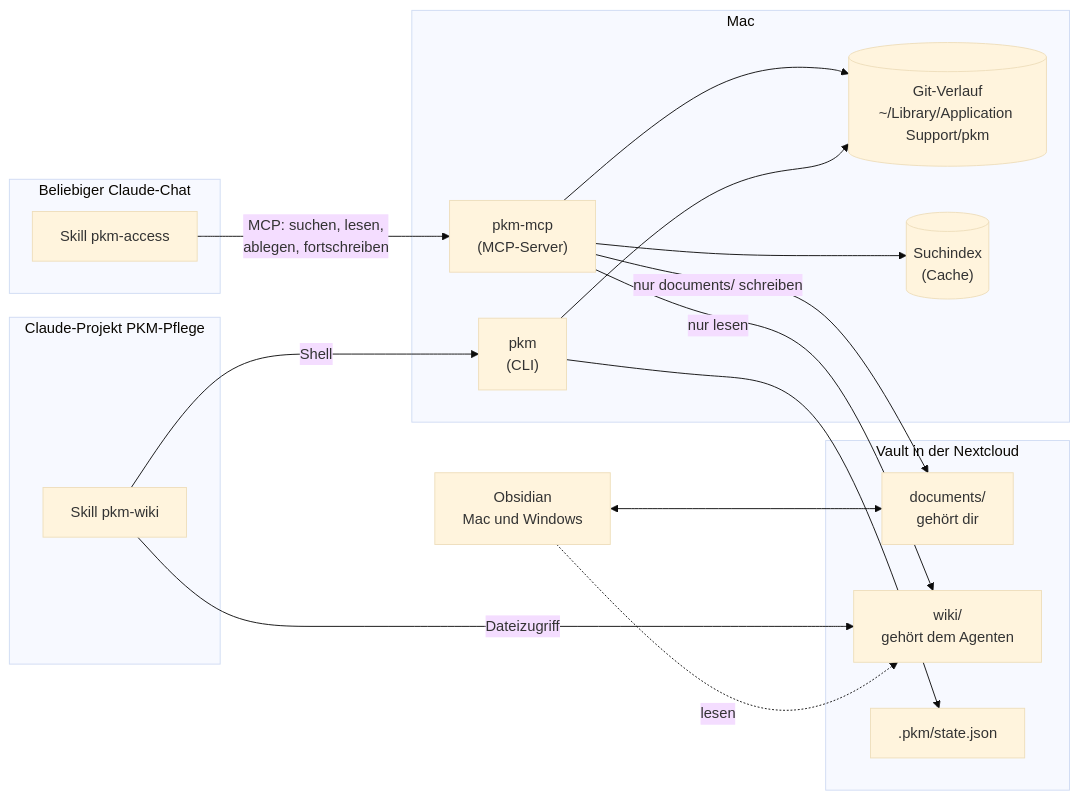
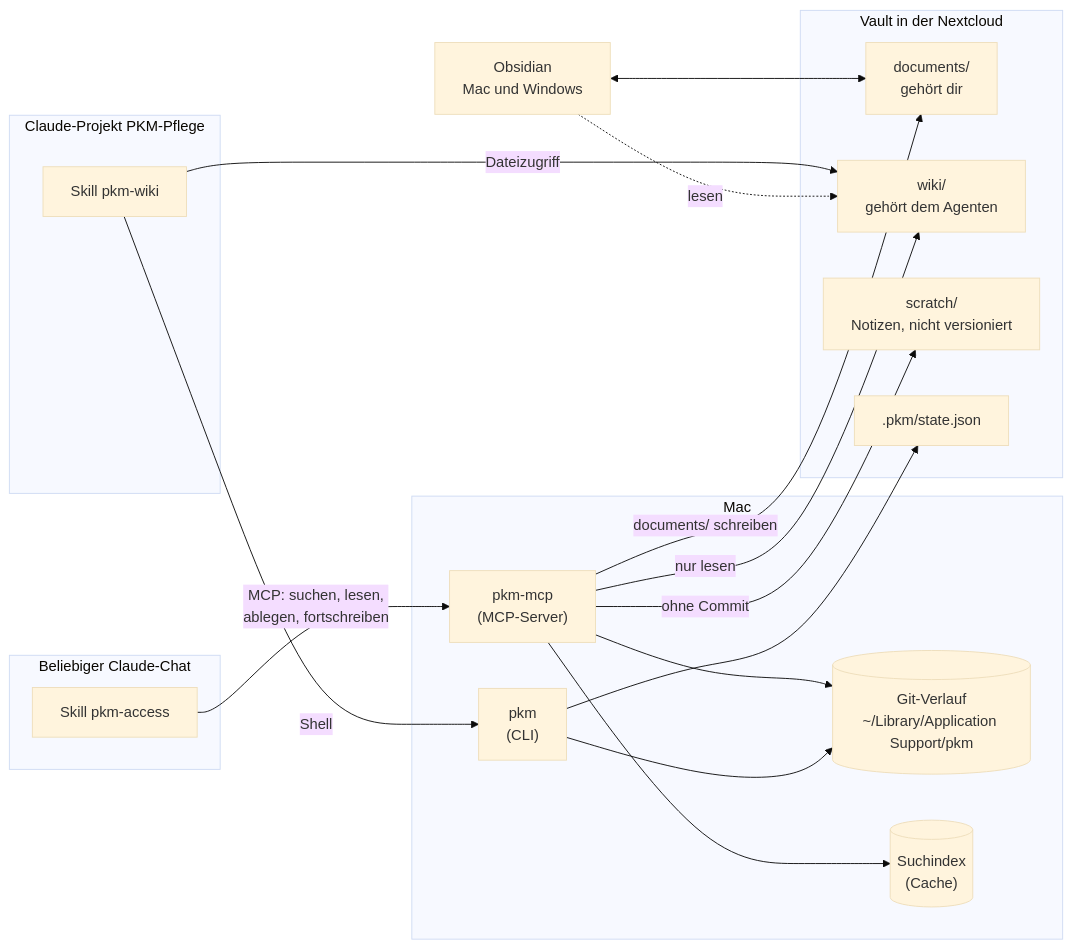
One commit to achim0x/pkm-llm-wiki changed the first of 4 diagrams in README.md. Above: the diagram before and after it, drawn with Mermaid (base theme). The commit also changed other lines of this file and 16 other files, not shown here.

````diff
--- a/README.md
+++ b/README.md
@@ -120,33 +131,35 @@
 ```mermaid
 flowchart LR
     subgraph Chats["Beliebiger Claude-Chat"]
         A["Skill pkm-access"]
     end
     subgraph Projekt["Claude-Projekt PKM-Pflege"]
         B["Skill pkm-wiki"]
     end
     subgraph Mac["Mac"]
         M["pkm-mcp<br/>(MCP-Server)"]
         C["pkm<br/>(CLI)"]
         G[("Git-Verlauf<br/>~/Library/Application Support/pkm")]
         I[("Suchindex<br/>(Cache)")]
     end
     subgraph Vault["Vault in der Nextcloud"]
         D["documents/<br/>gehört dir"]
         W["wiki/<br/>gehört dem Agenten"]
+        X["scratch/<br/>Notizen, nicht versioniert"]
         S[".pkm/state.json"]
     end
     O["Obsidian<br/>Mac und Windows"]
 
     A -- "MCP: suchen, lesen,<br/>ablegen, fortschreiben" --> M
     B -- "Shell" --> C
     B -- "Dateizugriff" --> W
-    M -- "nur documents/ schreiben" --> D
+    M -- "documents/ schreiben" --> D
+    M -- "ohne Commit" --> X
     M -- "nur lesen" --> W
     M --> G
     M --> I
     C --> G
     C --> S
     O <--> D
     O -. "lesen" .-> W
 ```
````
